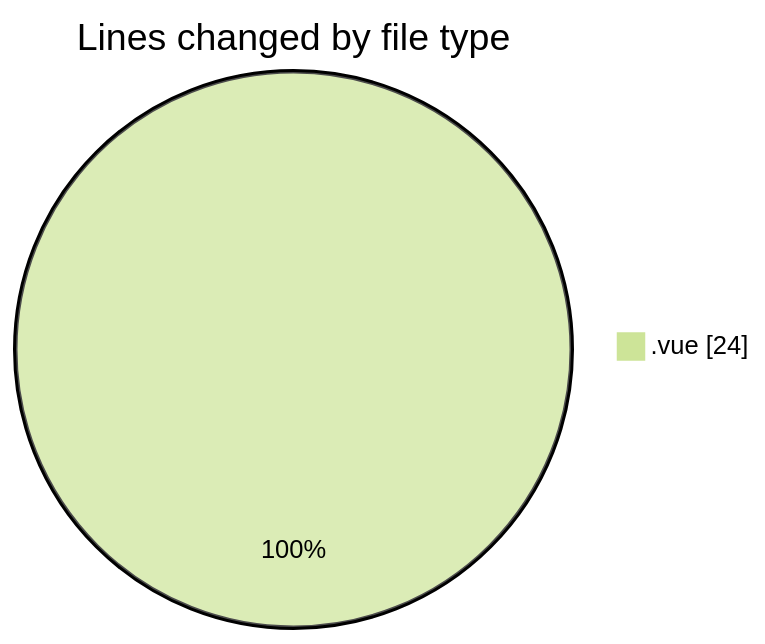
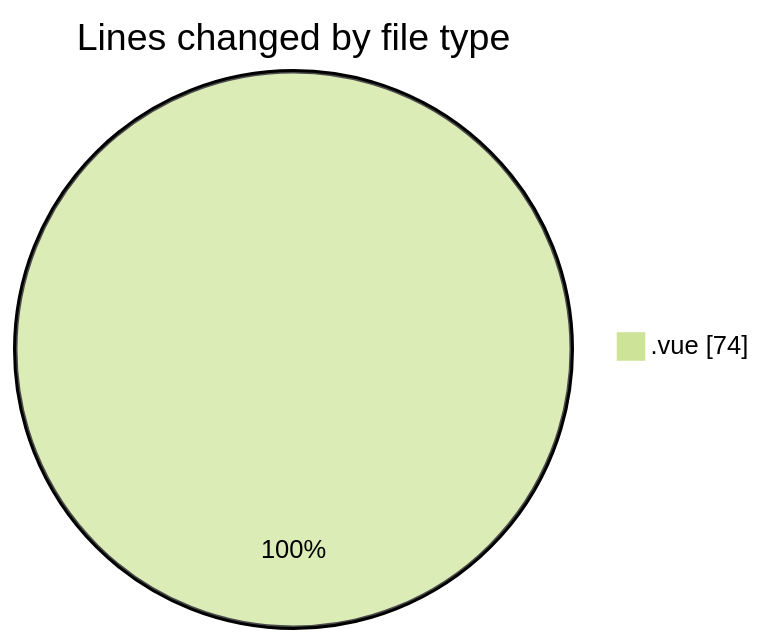
The first of 2 diagrams in 2025-08-11/rentotp/README.md (lephambinh05/code-tracking), drawn with Mermaid (forest theme) before and after one commit. The commit also changed other lines of this file and 1 other file, not shown here.

````diff
--- a/2025-08-11/rentotp/README.md
+++ b/2025-08-11/rentotp/README.md
@@ -20,5 +21,5 @@
 ```mermaid
 pie showData
 title Lines changed by file type
-".vue" : 24
+".vue" : 74
 ```
````
